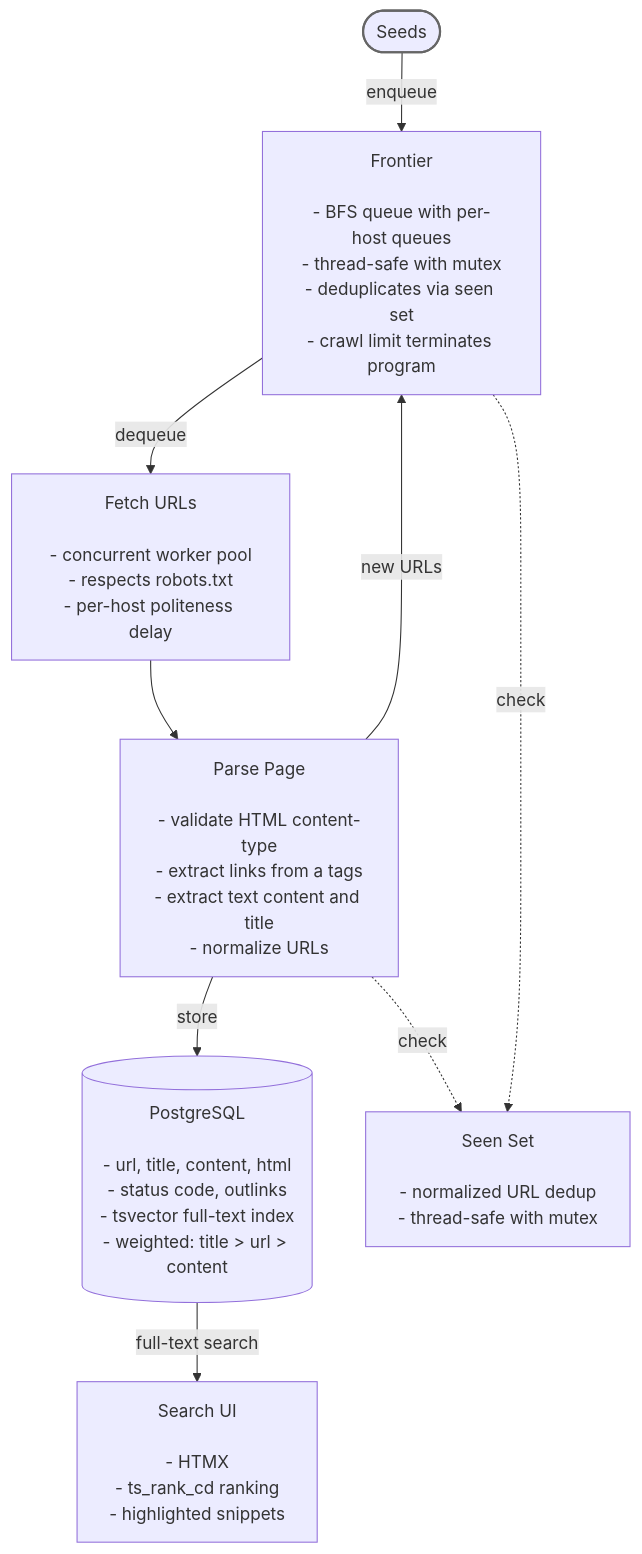
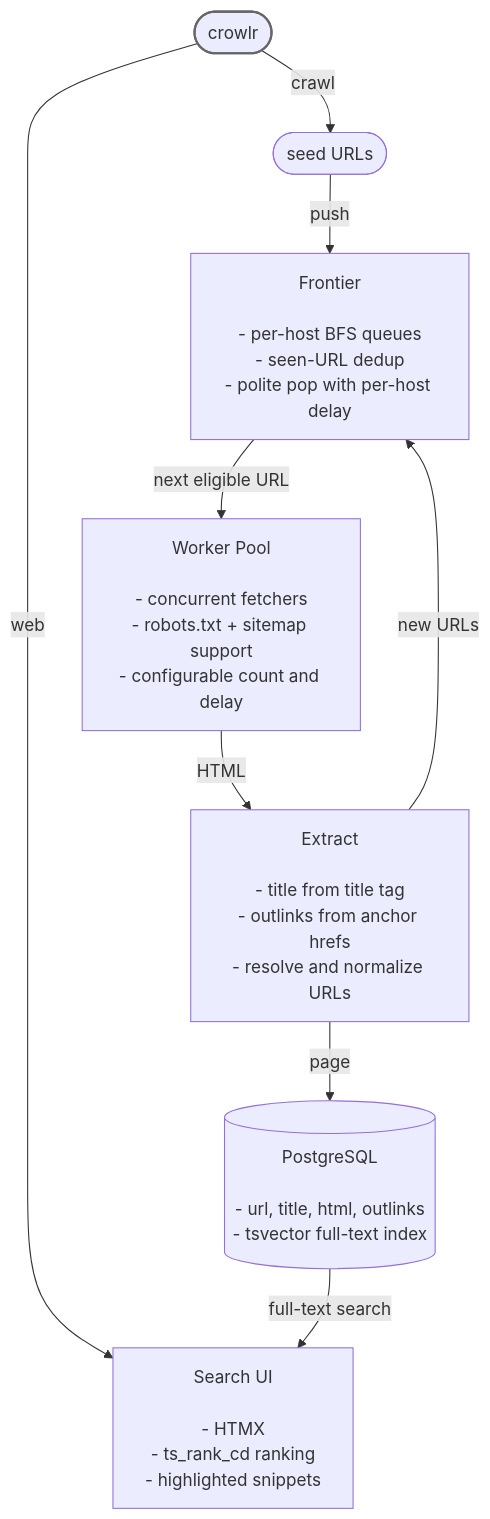
Before and after one commit to devraulu/crowlr: the diagram in README.md, drawn with Mermaid. The commit also changed other lines of this file and 51 other files, not shown here.

````diff
--- a/README.md
+++ b/README.md
@@ -23,30 +23,30 @@
 ```mermaid
 flowchart TB
-    Start([Seeds]):::start -->|enqueue| Queue
+    Binary([crowlr]):::binary
 
-    Queue[Frontier<br/><br/>- BFS queue with per-host queues<br/>- thread-safe with mutex<br/>- deduplicates via seen set<br/>- crawl limit terminates program]
+    Binary -->|crawl| Seeds
+    Binary -->|web| Search
 
-    Queue -->|dequeue| Fetch
+    Seeds([seed URLs]) -->|push| Frontier
 
-    Fetch[Fetch URLs<br/><br/>- concurrent worker pool<br/>- respects robots.txt<br/>- per-host politeness delay]
+    Frontier[Frontier<br/><br/>- per-host BFS queues<br/>- seen-URL dedup<br/>- polite pop with per-host delay]
 
-    Fetch --> Parse
+    Frontier -->|next eligible URL| Workers
 
-    Parse[Parse Page<br/><br/>- validate HTML content-type<br/>- extract links from a tags<br/>- extract text content and title<br/>- normalize URLs]
+    Workers[Worker Pool<br/><br/>- concurrent fetchers<br/>- robots.txt + sitemap support<br/>- configurable count and delay]
 
-    Parse -->|new URLs| Queue
-    Parse -->|store| DB
+    Workers -->|HTML| Extract
 
-    DB[(PostgreSQL<br/><br/>- url, title, content, html<br/>- status code, outlinks<br/>- tsvector full-text index<br/>- weighted: title > url > content)]
+    Extract[Extract<br/><br/>- title from title tag<br/>- outlinks from anchor hrefs<br/>- resolve and normalize URLs]
+
+    Extract -->|new URLs| Frontier
+    Extract -->|page| DB
+
+    DB[(PostgreSQL<br/><br/>- url, title, html, outlinks<br/>- tsvector full-text index)]
 
     DB -->|full-text search| Search
 
     Search[Search UI<br/><br/>- HTMX<br/>- ts_rank_cd ranking<br/>- highlighted snippets]
 
-    Seen[Seen Set<br/><br/>- normalized URL dedup<br/>- thread-safe with mutex]
-
-    Parse -.->|check| Seen
-    Queue -.->|check| Seen
-
-    classDef start stroke:#666,stroke-width:2px
+    classDef binary stroke:#666,stroke-width:2px
 ```
````
